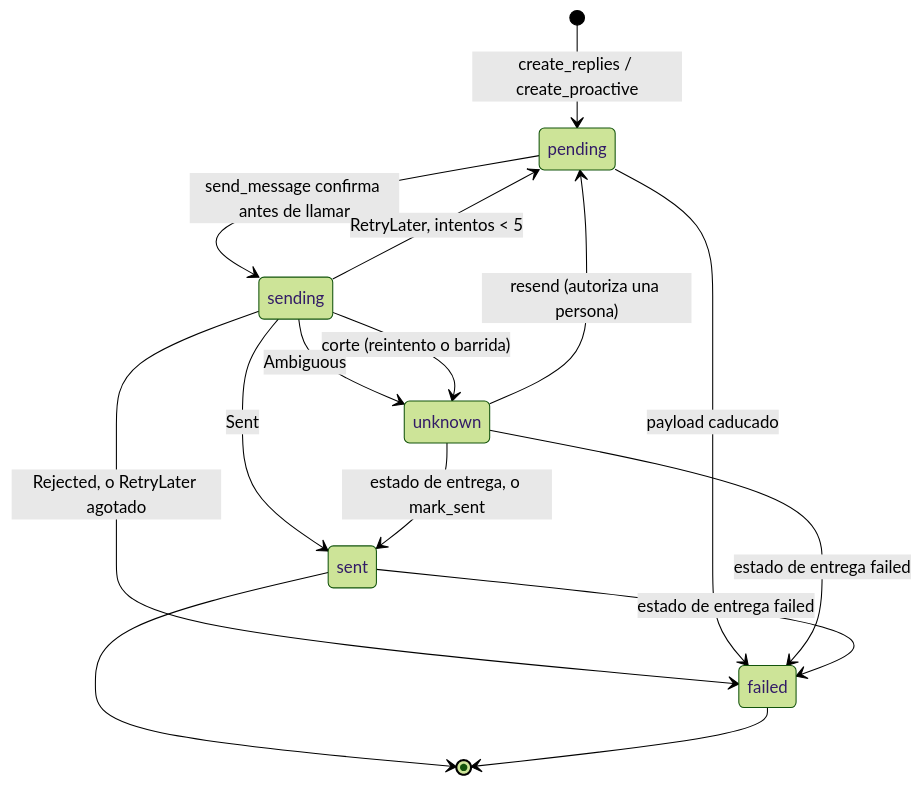
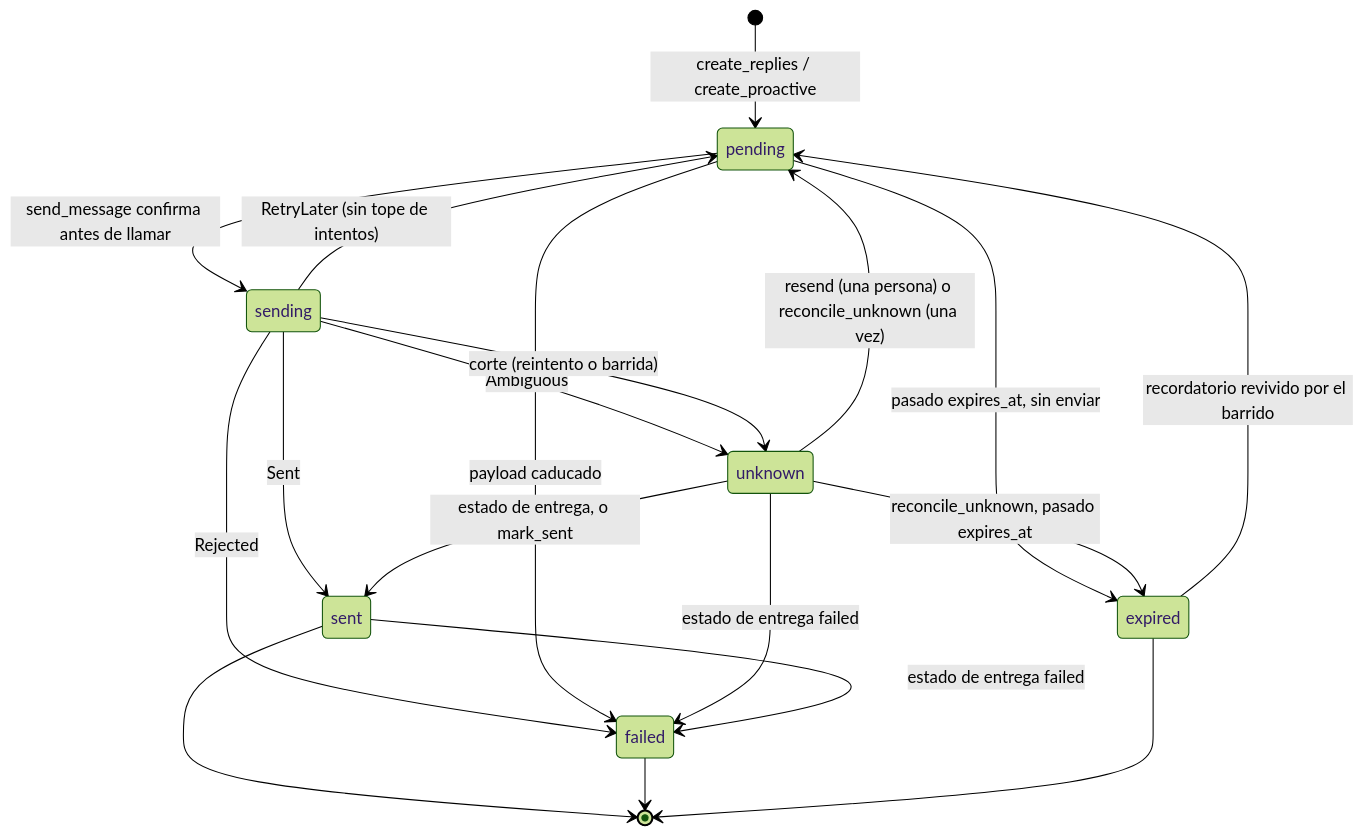
Before and after one commit to MarianodelRio/autobot: the diagram in docs/arquitectura/efectos-e-idempotencia.md, drawn with Mermaid (forest theme). The commit also changed other lines of this file and 183 other files, not shown here.

````diff
--- a/docs/arquitectura/efectos-e-idempotencia.md
+++ b/docs/arquitectura/efectos-e-idempotencia.md
@@ -19,17 +19,21 @@
 ```mermaid
 stateDiagram-v2
     [*] --> pending: create_replies / create_proactive
     pending --> sending: send_message confirma antes de llamar
     sending --> sent: Sent
-    sending --> failed: Rejected, o RetryLater agotado
+    sending --> failed: Rejected
     sending --> unknown: Ambiguous
-    sending --> pending: RetryLater, intentos < 5
+    sending --> pending: RetryLater (sin tope de intentos)
     sending --> unknown: corte (reintento o barrida)
+    pending --> expired: pasado expires_at, sin enviar
+    expired --> pending: recordatorio revivido por el barrido
     pending --> failed: payload caducado
     unknown --> sent: estado de entrega, o mark_sent
     unknown --> failed: estado de entrega failed
-    unknown --> pending: resend (autoriza una persona)
+    unknown --> pending: resend (una persona) o reconcile_unknown (una vez)
+    unknown --> expired: reconcile_unknown, pasado expires_at
     sent --> failed: estado de entrega failed
     sent --> [*]
     failed --> [*]
+    expired --> [*]
 ```
````
